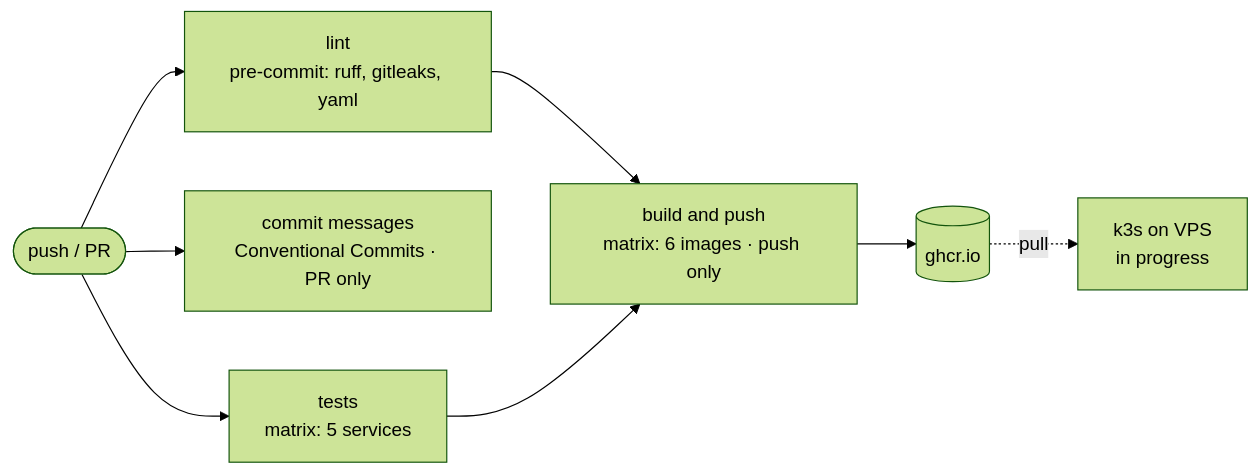
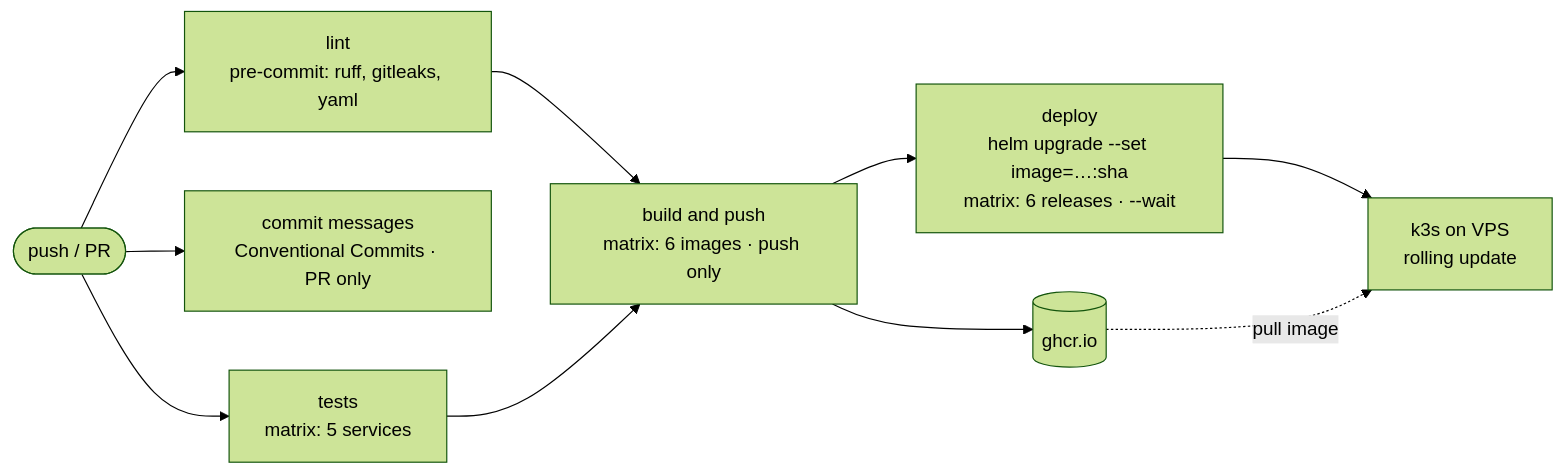
One commit to damiankowalczykdk/cinema-reservation-system changed the third of 3 diagrams in README.md. Above: the diagram before and after it, drawn with Mermaid (forest theme). The commit also changed other lines of this file and 8 other files, not shown here.

````diff
--- a/README.md
+++ b/README.md
@@ -359,10 +356,12 @@
 ```mermaid
 flowchart LR
     push(["push / PR"]) --> lint["lint<br/>pre-commit: ruff, gitleaks, yaml"]
     push --> commits["commit messages<br/>Conventional Commits · PR only"]
     push --> test["tests<br/>matrix: 5 services"]
     lint --> build
     test --> build
     build["build and push<br/>matrix: 6 images · push only"] --> ghcr[("ghcr.io")]
-    ghcr -. pull .-> k3s["k3s on VPS<br/>in progress"]
+    build --> deploy["deploy<br/>helm upgrade --set image=…:sha<br/>matrix: 6 releases · --wait"]
+    deploy --> k3s["k3s on VPS<br/>rolling update"]
+    ghcr -. pull image .-> k3s
 ```
````
